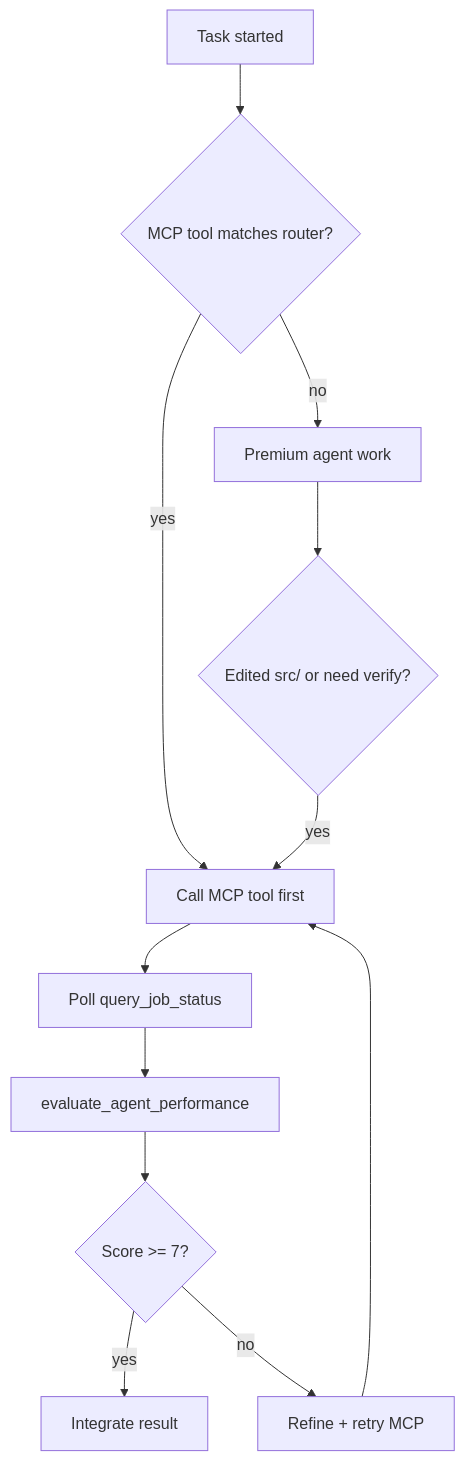
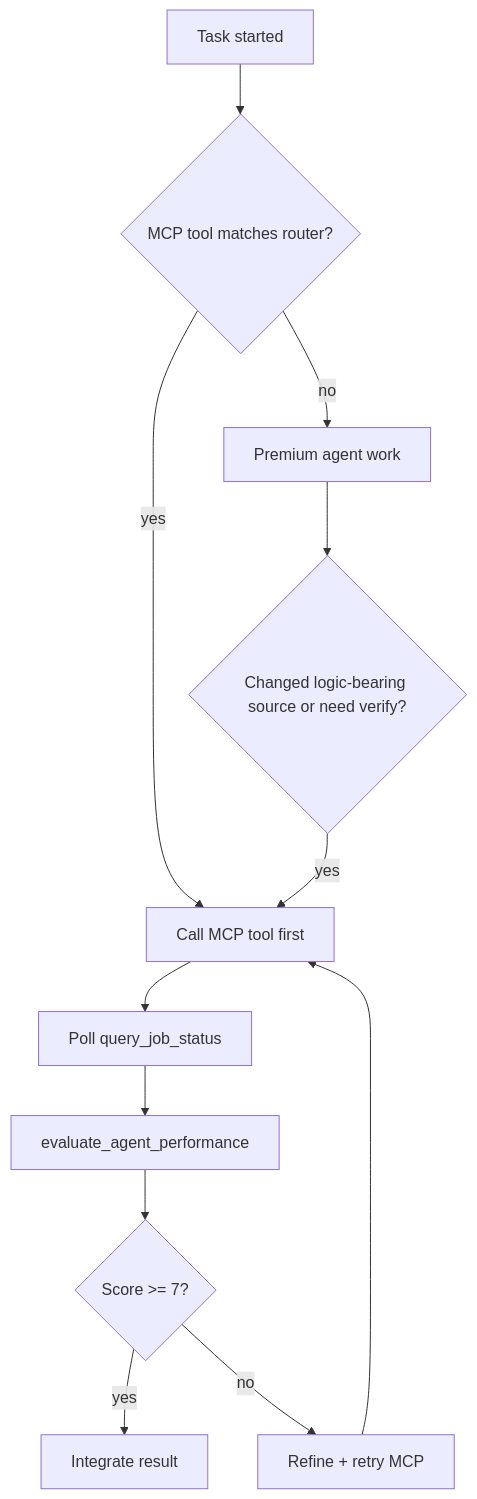
The diagram in .cursor/skills/mcp-adjutant-delegation/SKILL.md (andrzejwitkowski/mcp-adjutant), drawn with Mermaid before and after one commit. The commit also changed other lines of this file and 36 other files, not shown here.

````diff
--- a/.cursor/skills/mcp-adjutant-delegation/SKILL.md
+++ b/.cursor/skills/mcp-adjutant-delegation/SKILL.md
@@ -369,14 +447,14 @@
 ```mermaid
 flowchart TD
     A[Task started] --> R{MCP tool matches router?}
     R -->|yes| C[Call MCP tool first]
     R -->|no| F[Premium agent work]
-    F --> R2{Edited src/ or need verify?}
+    F --> R2{Changed logic-bearing source or need verify?}
     R2 -->|yes| C
     C --> G[Poll query_job_status]
     G --> I[evaluate_agent_performance]
     I --> K{Score >= 7?}
     K -->|yes| J[Integrate result]
     K -->|no| N[Refine + retry MCP]
     N --> C
 ```
````
